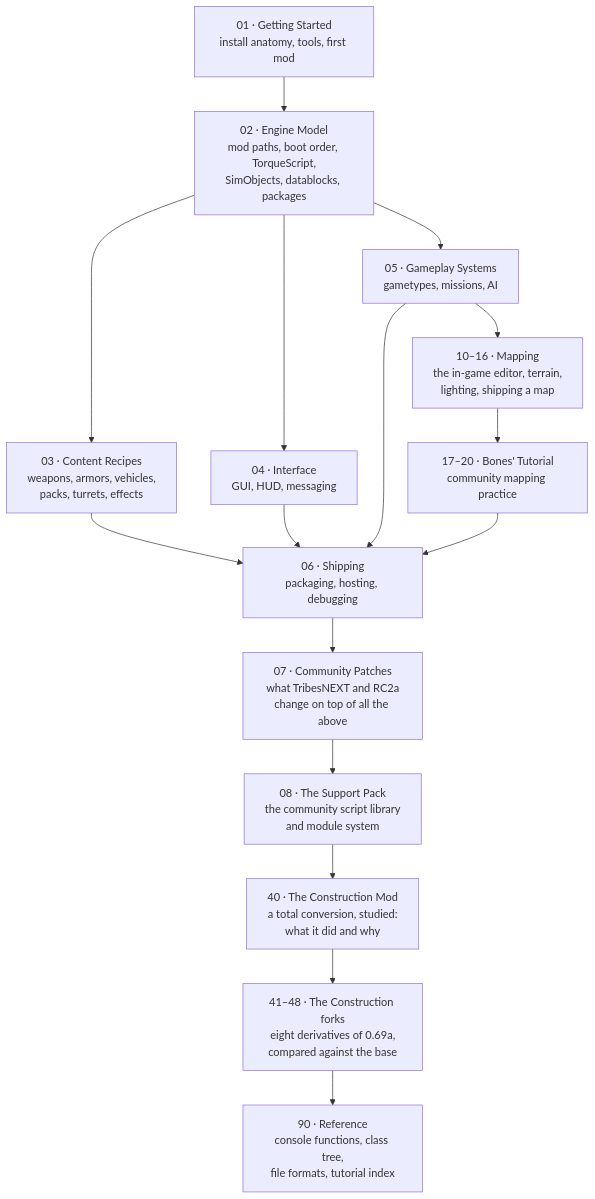
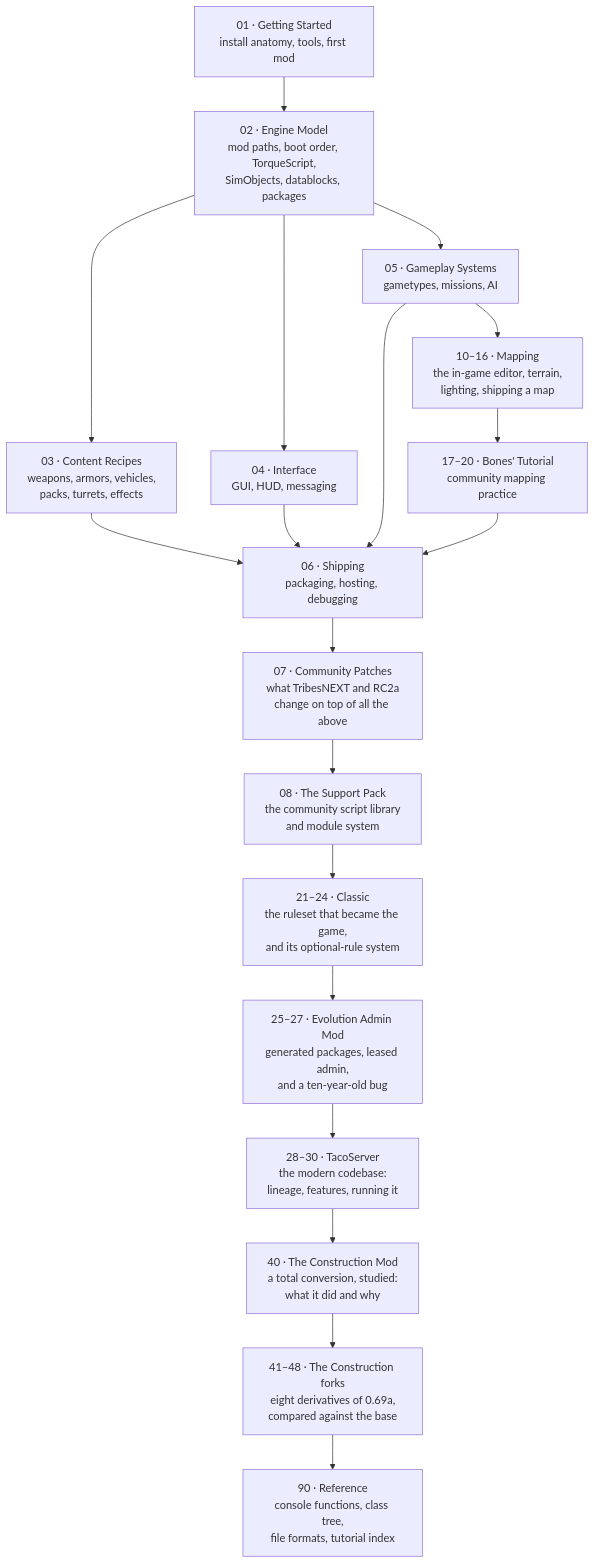
The diagram in README.md (Tribes2-Community/mod-doc), drawn with Mermaid before and after one commit. The commit also changed other lines of this file and 14 other files, not shown here.

First line of the commit message:
Add sections 21-30: the Classic lineage

````diff
--- a/README.md
+++ b/README.md
@@ -68,18 +68,21 @@
 ```mermaid
 flowchart TD
     A["01 · Getting Started<br/>install anatomy, tools, first mod"] --> B["02 · Engine Model<br/>mod paths, boot order, TorqueScript,<br/>SimObjects, datablocks, packages"]
     B --> C["03 · Content Recipes<br/>weapons, armors, vehicles,<br/>packs, turrets, effects"]
     B --> D["04 · Interface<br/>GUI, HUD, messaging"]
     B --> E["05 · Gameplay Systems<br/>gametypes, missions, AI"]
     C --> F["06 · Shipping<br/>packaging, hosting, debugging"]
     D --> F
     E --> F
     E --> MAP["10–16 · Mapping<br/>the in-game editor, terrain,<br/>lighting, shipping a map"]
     MAP --> BONES["17–20 · Bones' Tutorial<br/>community mapping practice"]
     BONES --> F
     F --> P["07 · Community Patches<br/>what TribesNEXT and RC2a<br/>change on top of all the above"]
     P --> S["08 · The Support Pack<br/>the community script library<br/>and module system"]
-    S --> M["40 · The Construction Mod<br/>a total conversion, studied:<br/>what it did and why"]
+    S --> CL["21–24 · Classic<br/>the ruleset that became the game,<br/>and its optional-rule system"]
+    CL --> EV["25–27 · Evolution Admin Mod<br/>generated packages, leased admin,<br/>and a ten-year-old bug"]
+    EV --> TS["28–30 · TacoServer<br/>the modern codebase:<br/>lineage, features, running it"]
+    TS --> M["40 · The Construction Mod<br/>a total conversion, studied:<br/>what it did and why"]
     M --> FK["41–48 · The Construction forks<br/>eight derivatives of 0.69a,<br/>compared against the base"]
     FK --> G["90 · Reference<br/>console functions, class tree,<br/>file formats, tutorial index"]
 ```
````
